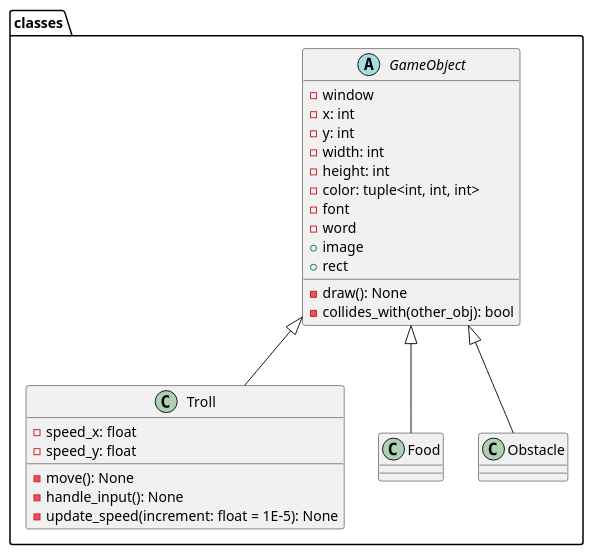
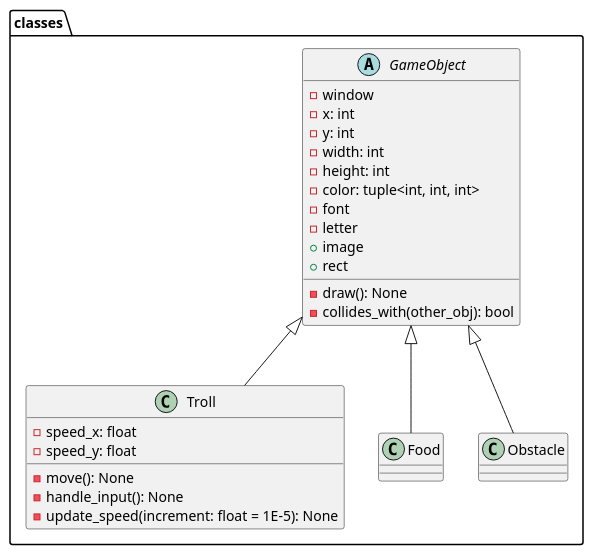
Before and after one commit to LakBud/Informasjonsteknologi-2-Python-Course: the diagram in src/tasks/4_before_fourth_test/pactroll/pactroll_UML.puml, drawn with PlantUML. The commit also changed 4 other files, not shown here.

```diff
--- a/src/tasks/4_before_fourth_test/pactroll/pactroll_UML.puml
+++ b/src/tasks/4_before_fourth_test/pactroll/pactroll_UML.puml
@@ -1,37 +1,37 @@
 @startuml classes
 
 abstract class classes.GameObject {
     - window
     - x: int
     - y: int
     - width: int
     - height: int
     - color: tuple<int, int, int>
     - font
-    - word
+    - letter
     + image
     + rect
     - draw(): None 
     - collides_with(other_obj): bool
 }
 
 class classes.Troll {
     - speed_x: float
     - speed_y: float
     - move(): None
     - handle_input(): None
     - update_speed(increment: float = 1E-5): None
 }
 
 class classes.Food {
 }
 
 class classes.Obstacle {
 }
 
 GameObject <|-- Troll
 GameObject <|-- Food
 GameObject <|-- Obstacle
 
 
 @enduml
```
